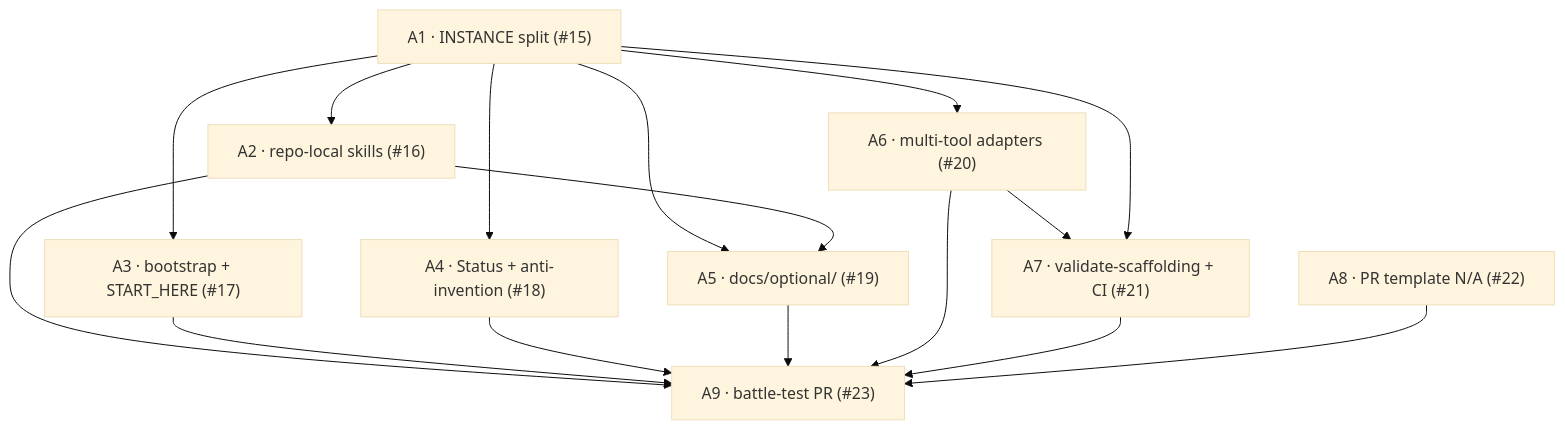
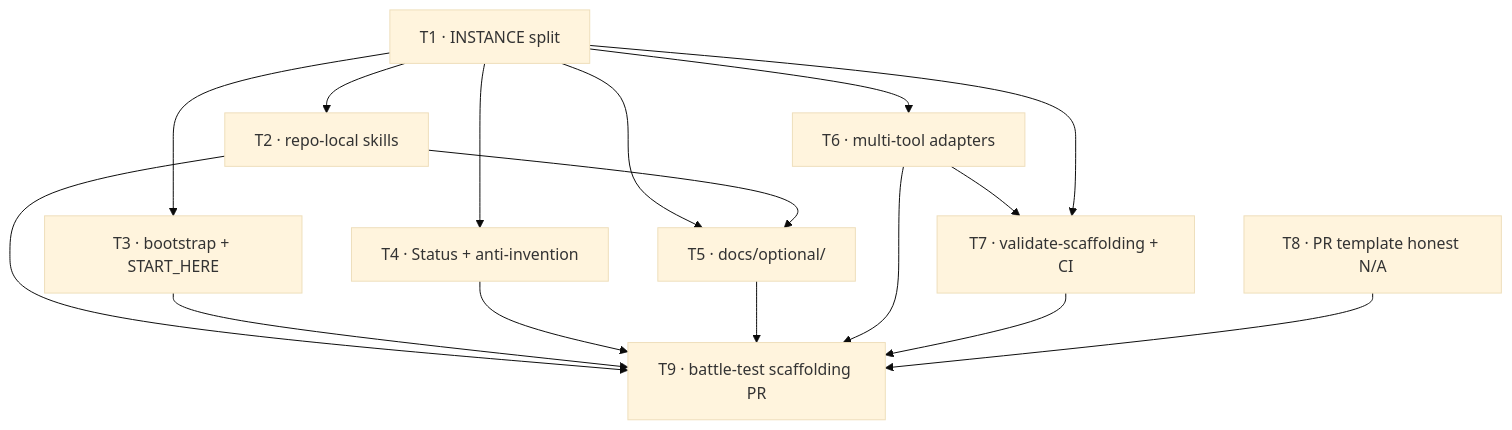
Before and after one commit to julianken/violin-tools: the diagram in docs/plans/template-prep.md, drawn with Mermaid (base theme). The commit also changed other lines of this file and 3 other files, not shown here.

````diff
--- a/docs/plans/template-prep.md
+++ b/docs/plans/template-prep.md
@@ -15,28 +11,28 @@
 ```mermaid
 flowchart TD
-  A1["A1 · INSTANCE split (#15)"]
-  A8["A8 · PR template N/A (#22)"]
-  A2["A2 · repo-local skills (#16)"]
-  A3["A3 · bootstrap + START_HERE (#17)"]
-  A4["A4 · Status + anti-invention (#18)"]
-  A5["A5 · docs/optional/ (#19)"]
-  A6["A6 · multi-tool adapters (#20)"]
-  A7["A7 · validate-scaffolding + CI (#21)"]
-  A9["A9 · battle-test PR (#23)"]
+  T1["T1 · INSTANCE split"]
+  T8["T8 · PR template honest N/A"]
+  T2["T2 · repo-local skills"]
+  T3["T3 · bootstrap + START_HERE"]
+  T4["T4 · Status + anti-invention"]
+  T5["T5 · docs/optional/"]
+  T6["T6 · multi-tool adapters"]
+  T7["T7 · validate-scaffolding + CI"]
+  T9["T9 · battle-test scaffolding PR"]
 
-  A1 --> A2
-  A1 --> A3
-  A1 --> A4
-  A1 --> A5
-  A1 --> A6
-  A2 --> A5
-  A6 --> A7
-  A1 --> A7
-  A2 --> A9
-  A3 --> A9
-  A4 --> A9
-  A5 --> A9
-  A6 --> A9
-  A7 --> A9
-  A8 --> A9
+  T1 --> T2
+  T1 --> T3
+  T1 --> T4
+  T1 --> T5
+  T1 --> T6
+  T2 --> T5
+  T6 --> T7
+  T1 --> T7
+  T2 --> T9
+  T3 --> T9
+  T4 --> T9
+  T5 --> T9
+  T6 --> T9
+  T7 --> T9
+  T8 --> T9
 ```
````
